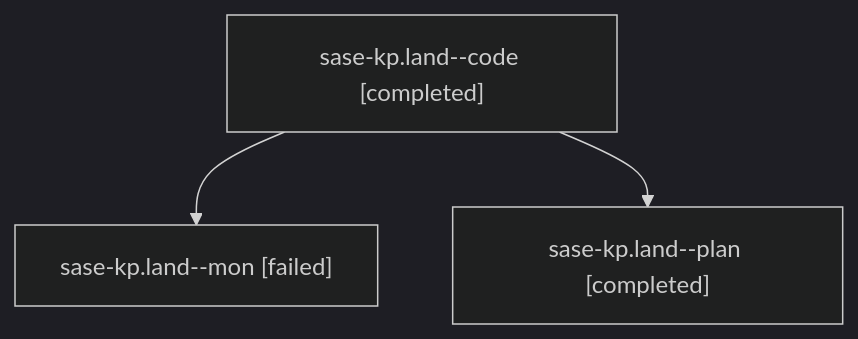
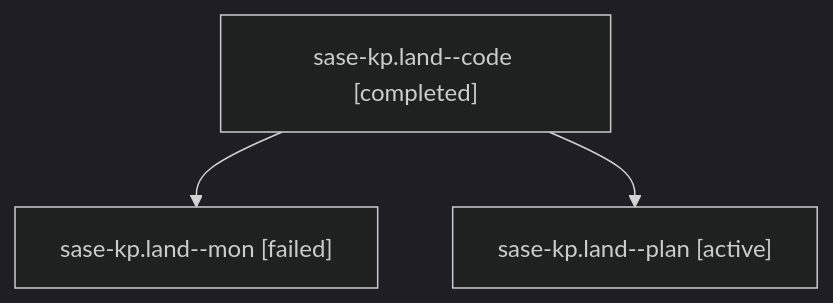
One commit to sase-org/sase--agents changed the diagram in families/bbugyi200.athena.sase-kp.land.md. Above: the diagram before and after it, drawn with Mermaid (dark theme). The commit also changed other lines of this file and 35830 other files, not shown here.

````diff
--- a/families/bbugyi200.athena.sase-kp.land.md
+++ b/families/bbugyi200.athena.sase-kp.land.md
@@ -9,8 +9,8 @@
 ```mermaid
 flowchart TD
   n0["sase-kp.land--code [completed]"]
   n1["sase-kp.land--mon [failed]"]
   n0 --> n1
-  n2["sase-kp.land--plan [completed]"]
+  n2["sase-kp.land--plan [active]"]
   n0 --> n2
 ```
````
